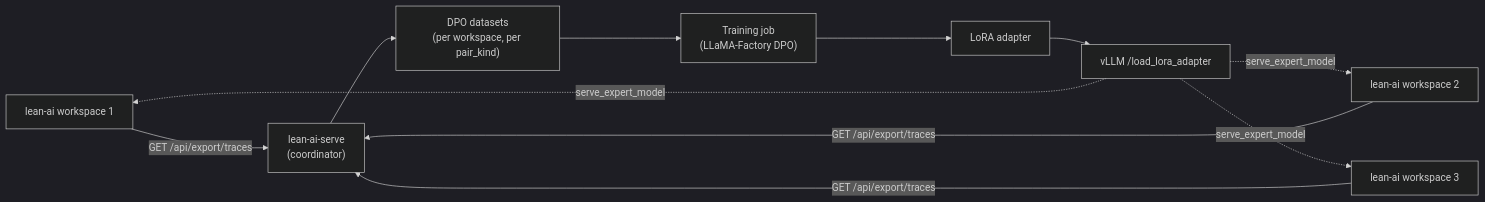
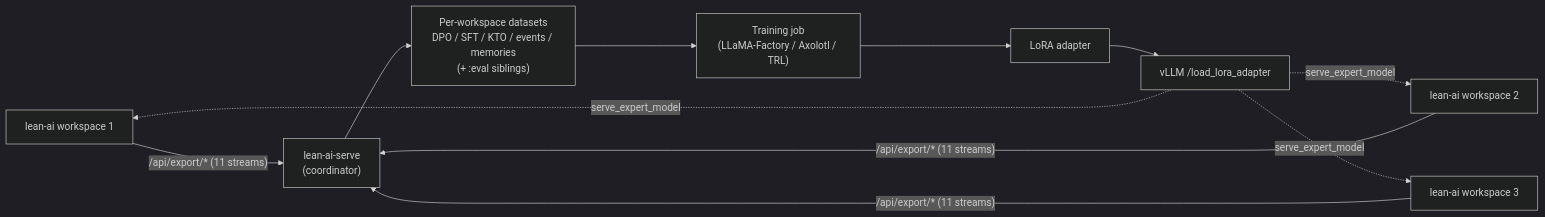
One commit to shunobies/lean-ai-serve changed the second of 2 diagrams in docs/training-guide.md. Above: the diagram before and after it, drawn with Mermaid (dark theme). The commit also changed other lines of this file and 4 other files, not shown here.

````diff
--- a/docs/training-guide.md
+++ b/docs/training-guide.md
@@ -331,13 +331,13 @@
 ```mermaid
 flowchart LR
-    A1["lean-ai workspace 1"] -->|GET /api/export/traces| S["lean-ai-serve<br/>(coordinator)"]
-    A2["lean-ai workspace 2"] -->|GET /api/export/traces| S
-    A3["lean-ai workspace 3"] -->|GET /api/export/traces| S
-    S --> D["DPO datasets<br/>(per workspace, per pair_kind)"]
-    D --> T["Training job<br/>(LLaMA-Factory DPO)"]
+    A1["lean-ai workspace 1"] -->|"/api/export/* (11 streams)"| S["lean-ai-serve<br/>(coordinator)"]
+    A2["lean-ai workspace 2"] -->|"/api/export/* (11 streams)"| S
+    A3["lean-ai workspace 3"] -->|"/api/export/* (11 streams)"| S
+    S --> D["Per-workspace datasets<br/>DPO / SFT / KTO / events / memories<br/>(+ :eval siblings)"]
+    D --> T["Training job<br/>(LLaMA-Factory / Axolotl / TRL)"]
     T --> L["LoRA adapter"]
     L --> V["vLLM /load_lora_adapter"]
     V -.->|serve_expert_model| A1
     V -.->|serve_expert_model| A2
     V -.->|serve_expert_model| A3
 ```
````
